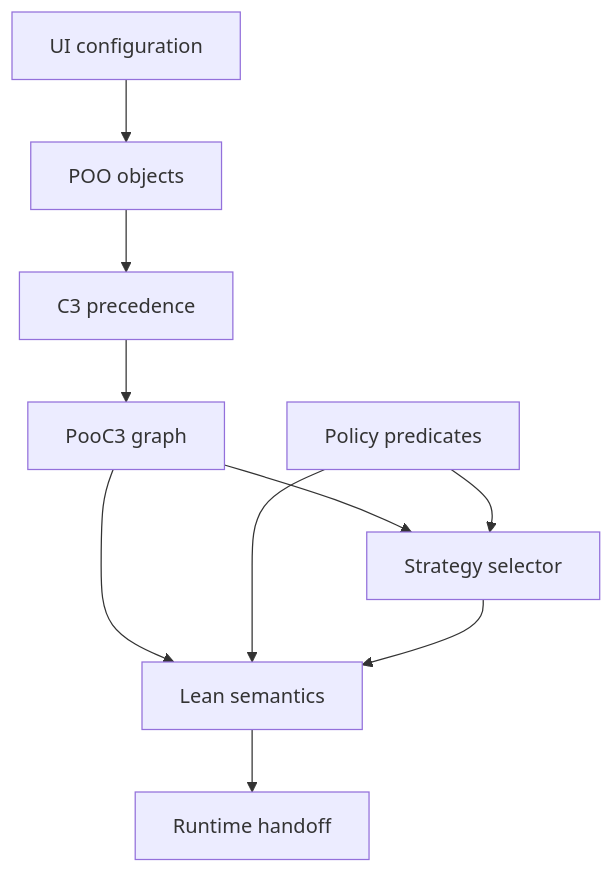
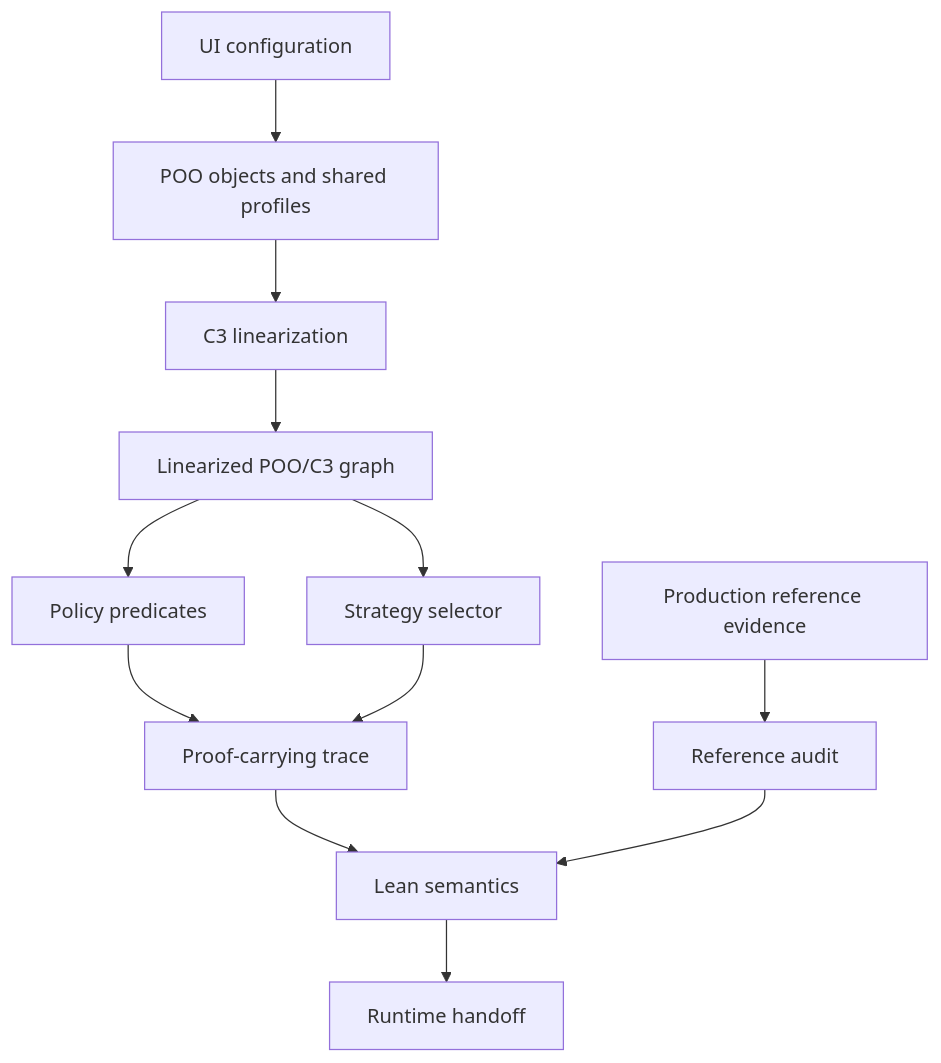
The second of 4 diagrams in docs/10-19-design/10.06-poo-module-system/55-pooc3-proof-architecture.org (tao3k/poo-flow), drawn with Mermaid before and after one commit. The commit also changed other lines of this file and 2 other files, not shown here.

Commit message:
docs: enrich ai strategy proof evidence

```diff
--- a/docs/10-19-design/10.06-poo-module-system/55-pooc3-proof-architecture.org
+++ b/docs/10-19-design/10.06-poo-module-system/55-pooc3-proof-architecture.org
@@ -41,18 +223,24 @@
 #+begin_src mermaid
 flowchart TB
   UI["UI configuration"]
-  POO["POO objects"]
-  C3["C3 precedence"]
-  Graph["PooC3 graph"]
+  POO["POO objects and shared profiles"]
+  C3["C3 linearization"]
+  Graph["Linearized POO/C3 graph"]
   Policy["Policy predicates"]
   Strategy["Strategy selector"]
+  Trace["Proof-carrying trace"]
   Lean["Lean semantics"]
   Runtime["Runtime handoff"]
+  Reference["Production reference evidence"]
+  Audit["Reference audit"]
 
-  UI --> POO --> C3 --> Graph --> Strategy
-  Policy --> Strategy
-  Graph --> Lean
-  Policy --> Lean
-  Strategy --> Lean
+  UI --> POO --> C3 --> Graph
+  Graph --> Policy
+  Graph --> Strategy
+  Policy --> Trace
+  Strategy --> Trace
+  Trace --> Lean
   Lean --> Runtime
+  Reference --> Audit
+  Audit --> Lean
 #+end_src
```
